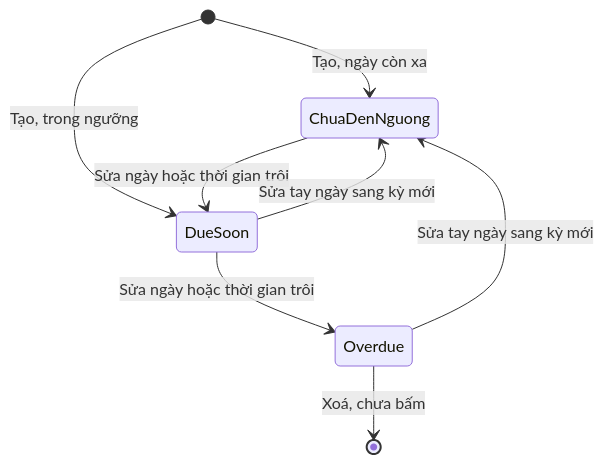
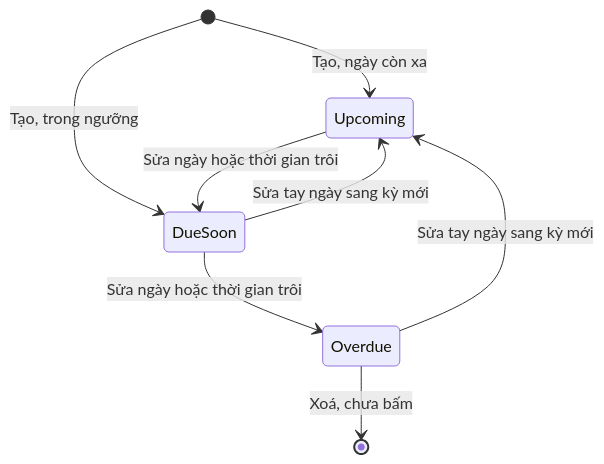
One commit to szitphan/invlogis changed the second of 7 diagrams in docs/_research/fleetio/srs/fleetio-reminders-inspection-states.md. Above: the diagram before and after it, drawn with Mermaid. The commit also changed other lines of this file and 113 other files, not shown here.

````diff
--- a/docs/_research/fleetio/srs/fleetio-reminders-inspection-states.md
+++ b/docs/_research/fleetio/srs/fleetio-reminders-inspection-states.md
@@ -75,10 +85,10 @@
 ```mermaid
 stateDiagram-v2
-    [*] --> ChuaDenNguong: Tạo, ngày còn xa
+    [*] --> Upcoming: Tạo, ngày còn xa
     [*] --> DueSoon: Tạo, trong ngưỡng
-    ChuaDenNguong --> DueSoon: Sửa ngày hoặc thời gian trôi
+    Upcoming --> DueSoon: Sửa ngày hoặc thời gian trôi
     DueSoon --> Overdue: Sửa ngày hoặc thời gian trôi
-    Overdue --> ChuaDenNguong: Sửa tay ngày sang kỳ mới
-    DueSoon --> ChuaDenNguong: Sửa tay ngày sang kỳ mới
+    Overdue --> Upcoming: Sửa tay ngày sang kỳ mới
+    DueSoon --> Upcoming: Sửa tay ngày sang kỳ mới
     Overdue --> [*]: Xoá, chưa bấm
 ```
````
